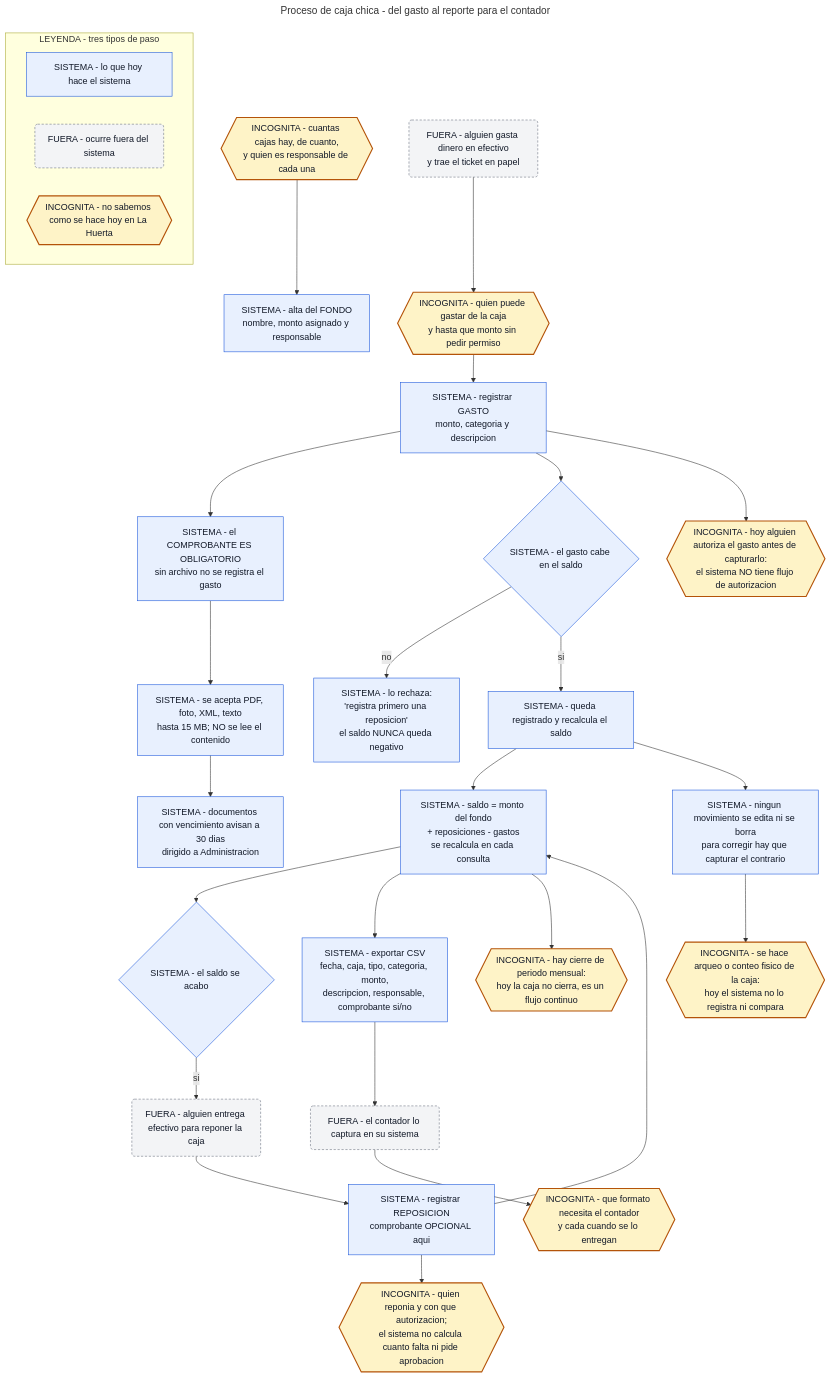
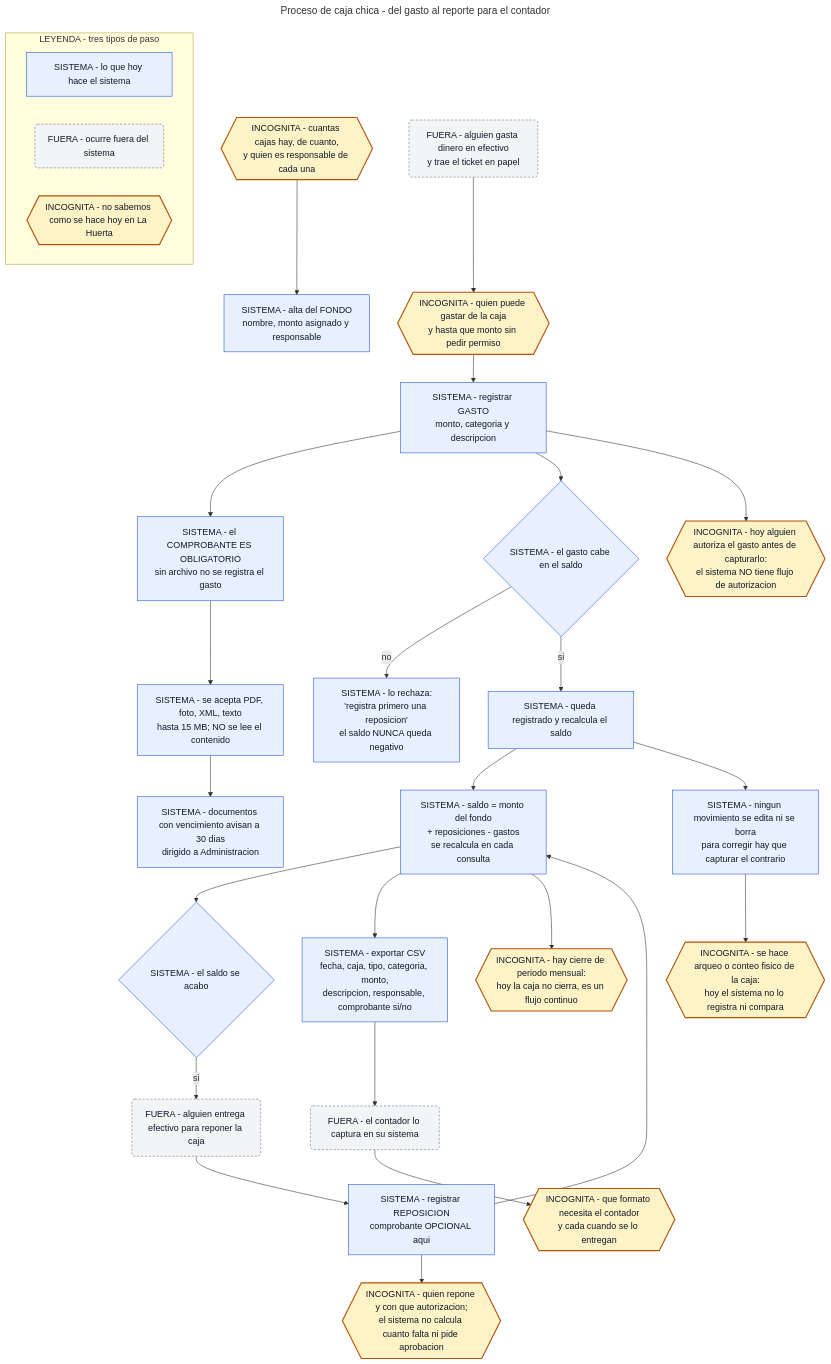
Before and after one commit to erimaan13-cmd/lahuerta-crm: the diagram in docs/diagrams/11_proceso_caja_chica.mmd, drawn with Mermaid. The commit also changed 21 other files, not shown here.

First line of the commit message:
Sincroniza los diagramas con la auditoría y agrega la guía de junta

```diff
--- a/docs/diagrams/11_proceso_caja_chica.mmd
+++ b/docs/diagrams/11_proceso_caja_chica.mmd
@@ -1,54 +1,54 @@
 ---
 title: Proceso de caja chica - del gasto al reporte para el contador
 ---
 flowchart TB
   subgraph LEYENDA["LEYENDA - tres tipos de paso"]
     L1["SISTEMA - lo que hoy hace el sistema"]
     L2("FUERA - ocurre fuera del sistema")
     L3{{"INCOGNITA - no sabemos como se hace hoy en La Huerta"}}
   end
 
   A1["SISTEMA - alta del FONDO<br/>nombre, monto asignado y responsable"]
   A2{{"INCOGNITA - cuantas cajas hay, de cuanto,<br/>y quien es responsable de cada una"}}
   A2 --> A1
 
   B1("FUERA - alguien gasta dinero en efectivo<br/>y trae el ticket en papel")
   B1 --> B2{{"INCOGNITA - quien puede gastar de la caja<br/>y hasta que monto sin pedir permiso"}}
   B2 --> C1
 
   C1["SISTEMA - registrar GASTO<br/>monto, categoria y descripcion"]
   C1 --> C2["SISTEMA - el COMPROBANTE ES OBLIGATORIO<br/>sin archivo no se registra el gasto"]
   C2 --> C3["SISTEMA - se acepta PDF, foto, XML, texto<br/>hasta 15 MB; NO se lee el contenido"]
 
   C1 --> C4{"SISTEMA - el gasto cabe en el saldo"}
   C4 -->|no| C5["SISTEMA - lo rechaza:<br/>'registra primero una reposicion'<br/>el saldo NUNCA queda negativo"]
   C4 -->|si| C6["SISTEMA - queda registrado y recalcula el saldo"]
 
   C1 --> D1{{"INCOGNITA - hoy alguien autoriza el gasto antes de capturarlo:<br/>el sistema NO tiene flujo de autorizacion"}}
 
   C6 --> E1["SISTEMA - saldo = monto del fondo<br/>+ reposiciones - gastos<br/>se recalcula en cada consulta"]
 
   E1 --> F1{"SISTEMA - el saldo se acabo"}
   F1 -->|si| F2("FUERA - alguien entrega efectivo para reponer la caja")
   F2 --> F3["SISTEMA - registrar REPOSICION<br/>comprobante OPCIONAL aqui"]
   F3 --> E1
 
-  F3 --> F4{{"INCOGNITA - quien reponia y con que autorizacion;<br/>el sistema no calcula cuanto falta ni pide aprobacion"}}
+  F3 --> F4{{"INCOGNITA - quien repone y con que autorizacion;<br/>el sistema no calcula cuanto falta ni pide aprobacion"}}
 
   E1 --> G1["SISTEMA - exportar CSV<br/>fecha, caja, tipo, categoria, monto,<br/>descripcion, responsable, comprobante si/no"]
   G1 --> G2("FUERA - el contador lo captura en su sistema")
   G2 --> G3{{"INCOGNITA - que formato necesita el contador<br/>y cada cuando se lo entregan"}}
 
   C6 --> H1["SISTEMA - ningun movimiento se edita ni se borra<br/>para corregir hay que capturar el contrario"]
   H1 --> H2{{"INCOGNITA - se hace arqueo o conteo fisico de la caja:<br/>hoy el sistema no lo registra ni compara"}}
 
   E1 --> I1{{"INCOGNITA - hay cierre de periodo mensual:<br/>hoy la caja no cierra, es un flujo continuo"}}
 
   C3 --> J1["SISTEMA - documentos con vencimiento avisan a 30 dias<br/>dirigido a Administracion"]
 
   classDef sistema fill:#e8f0fe,stroke:#1a56db,color:#111827
   classDef fuera fill:#f3f4f6,stroke:#6b7280,color:#111827,stroke-dasharray: 4 3
   classDef incognita fill:#fef3c7,stroke:#b45309,color:#111827,stroke-width:2px
   class L1,A1,C1,C2,C3,C4,C5,C6,E1,F1,F3,G1,H1,J1 sistema
   class L2,B1,F2,G2 fuera
   class L3,A2,B2,D1,F4,G3,H2,I1 incognita
```
